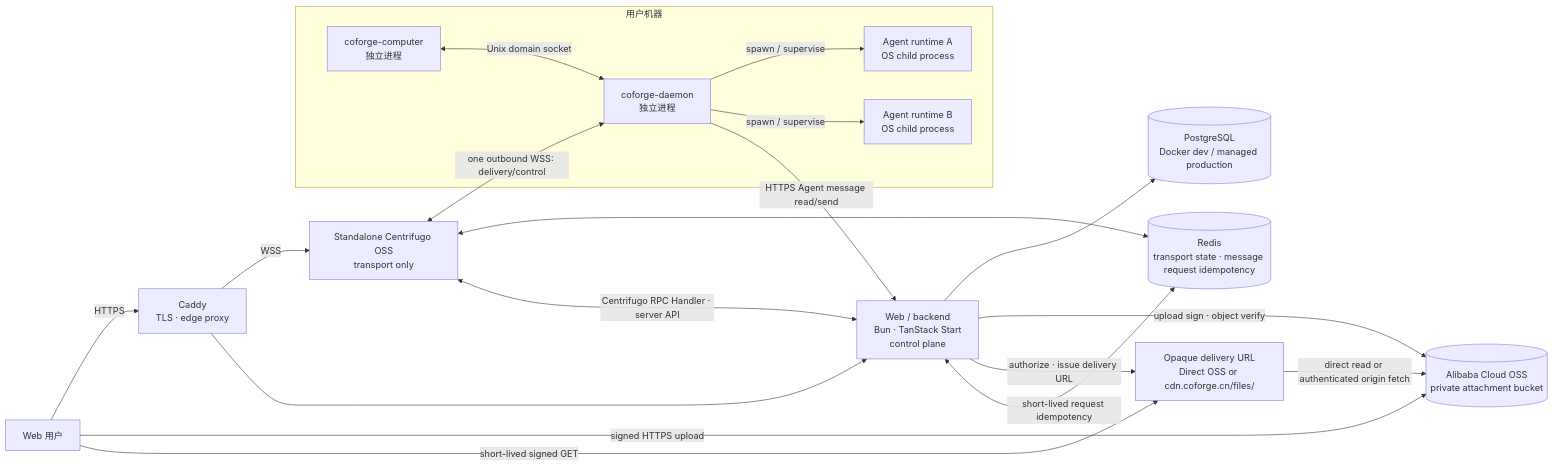
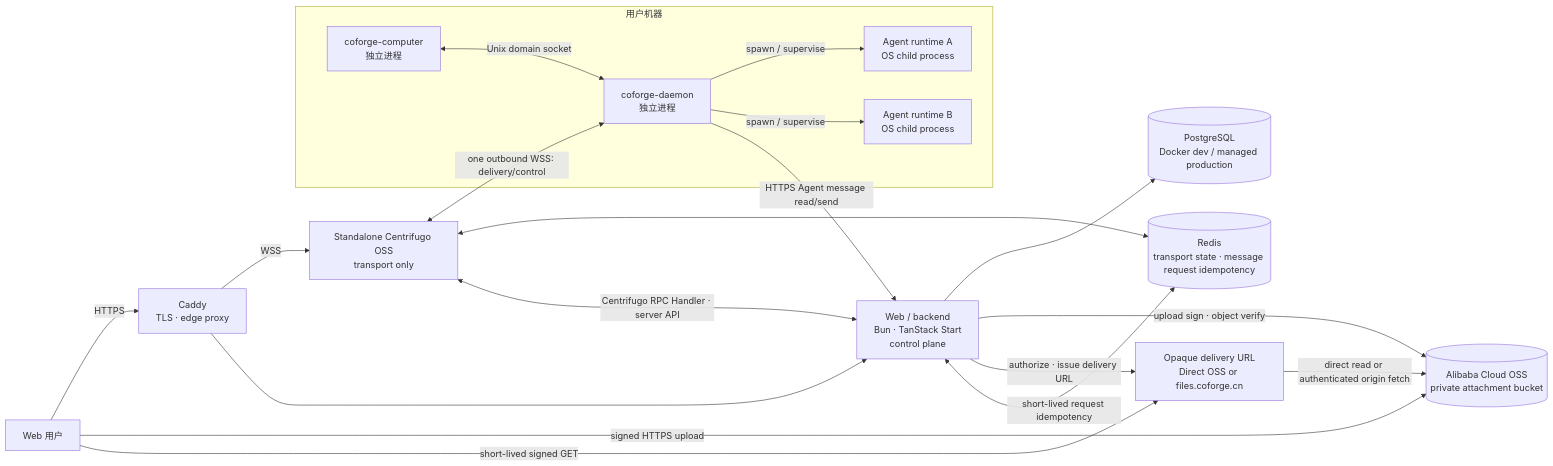
One commit to LRM-Teams/coforge changed the diagram in docs/architecture.md. Above: the diagram before and after it, drawn with Mermaid. The commit also changed other lines of this file and 9 other files, not shown here.

````diff
--- a/docs/architecture.md
+++ b/docs/architecture.md
@@ -25,29 +25,29 @@
 ```mermaid
 flowchart LR
     User[Web 用户] -->|HTTPS| Caddy[Caddy<br/>TLS · edge proxy]
     User -->|signed HTTPS upload| OSS[(Alibaba Cloud OSS<br/>private attachment bucket)]
-    User -->|short-lived signed GET| Delivery[Opaque delivery URL<br/>Direct OSS or cdn.coforge.cn/files/]
+    User -->|short-lived signed GET| Delivery[Opaque delivery URL<br/>Direct OSS or files.coforge.cn]
     Caddy -->|WSS| Realtime[Standalone Centrifugo OSS<br/>transport only]
     Caddy --> Web[Web / backend<br/>Bun · TanStack Start<br/>control plane]
     Web --> DB[(PostgreSQL<br/>Docker dev / managed production)]
     Web -->|upload sign · object verify| OSS
     Web -->|authorize · issue delivery URL| Delivery
     Delivery -->|direct read or authenticated origin fetch| OSS
     Web <-->|Centrifugo RPC Handler · server API| Realtime
     Realtime <--> Redis[(Redis<br/>transport state · message request idempotency)]
     Web <-->|short-lived request idempotency| Redis
 
     subgraph Host[用户机器]
         Computer[coforge-computer<br/>独立进程]
         Daemon[coforge-daemon<br/>独立进程]
         Agent1[Agent runtime A<br/>OS child process]
         Agent2[Agent runtime B<br/>OS child process]
 
         Computer <-->|Unix domain socket| Daemon
         Daemon -->|spawn / supervise| Agent1
         Daemon -->|spawn / supervise| Agent2
     end
 
     Realtime <-->|one outbound WSS: delivery/control| Daemon
     Daemon -->|HTTPS Agent message read/send| Web
 ```
````
